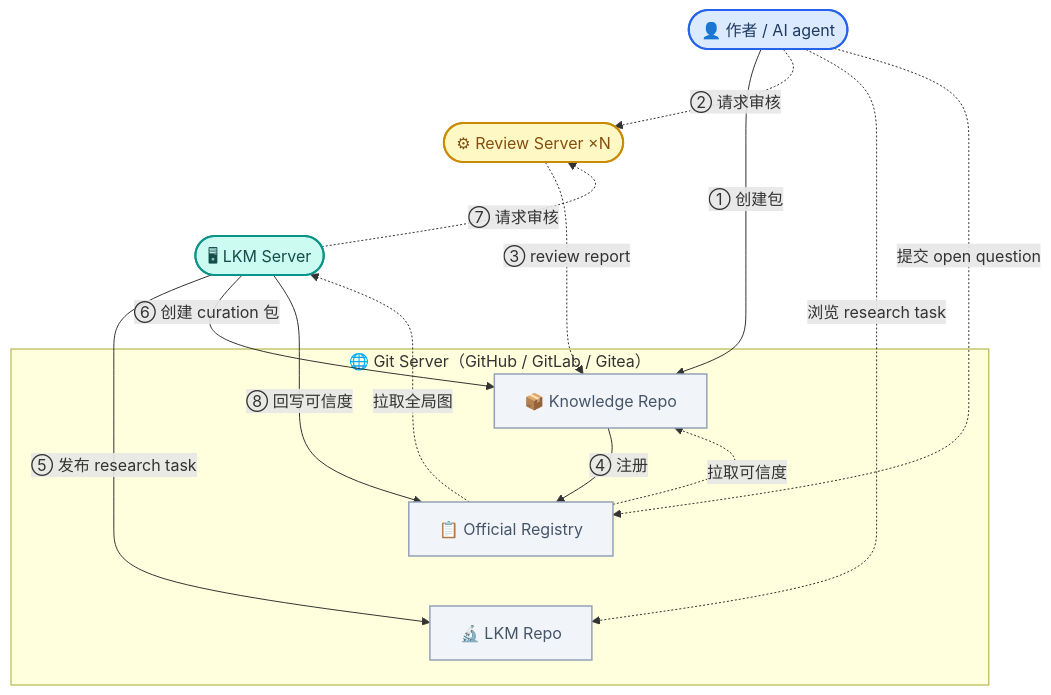
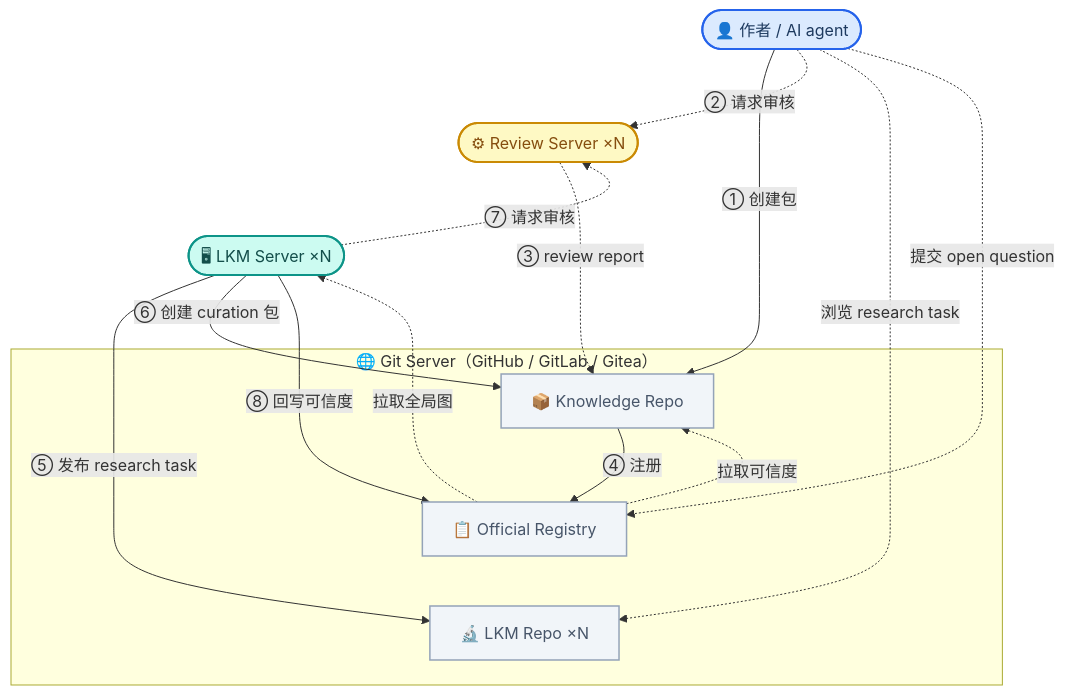
One commit to newtontech/Gaia changed the diagram in docs/foundations/ecosystem/03-decentralized-architecture.md. Above: the diagram before and after it, drawn with Mermaid. The commit also changed other lines of this file, not shown here.

First line of the commit message:
docs(ecosystem): rewrite 03-decentralized-architecture as architecture overview

````diff
--- a/docs/foundations/ecosystem/03-decentralized-architecture.md
+++ b/docs/foundations/ecosystem/03-decentralized-architecture.md
@@ -54,32 +25,32 @@
 ```mermaid
 flowchart TB
     Author(["👤 作者 / AI agent"]):::actor
     RS(["⚙ Review Server ×N"]):::review
-    LKM(["🖥 LKM Server"]):::lkm
+    LKM(["🖥 LKM Server ×N"]):::lkm
     Author ~~~ RS ~~~ LKM
 
     subgraph GIT["🌐 Git Server（GitHub / GitLab / Gitea）"]
         PKG["📦 Knowledge Repo"]:::repo
         REG["📋 Official Registry"]:::repo
-        LKMR["🔬 LKM Repo"]:::repo
+        LKMR["🔬 LKM Repo ×N"]:::repo
         PKG ~~~ REG ~~~ LKMR
     end
 
     Author -->|"① 创建包"| PKG
     Author -.->|"② 请求审核"| RS
     RS -.->|"③ review report"| PKG
     PKG -->|"④ 注册"| REG
     Author -.->|"浏览 research task"| LKMR
     Author -.->|"提交 open question"| REG
     LKM -->|"⑤ 发布 research task"| LKMR
     LKM -->|"⑥ 创建 curation 包"| PKG
     LKM -.->|"⑦ 请求审核"| RS
     LKM -->|"⑧ 回写可信度"| REG
     REG -.->|"拉取全局图"| LKM
     REG -.->|"拉取可信度"| PKG
 
     classDef actor fill:#DBEAFE,stroke:#2563EB,stroke-width:2px,color:#1E3A5F
     classDef review fill:#FEF9C4,stroke:#CA8A04,stroke-width:2px,color:#854D0E
     classDef lkm fill:#CCFBF1,stroke:#0D9488,stroke-width:2px,color:#134E4A
     classDef repo fill:#F1F5F9,stroke:#94A3B8,stroke-width:1.5px,color:#475569
 ```
````
